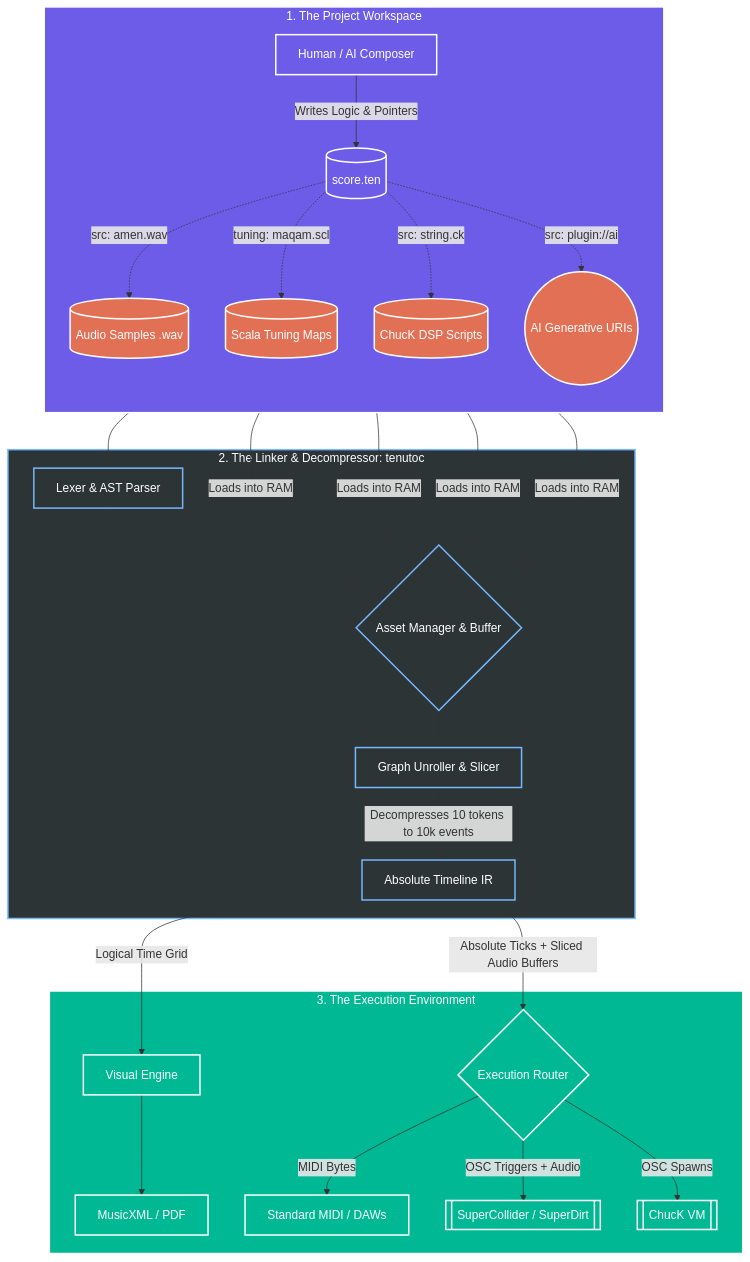
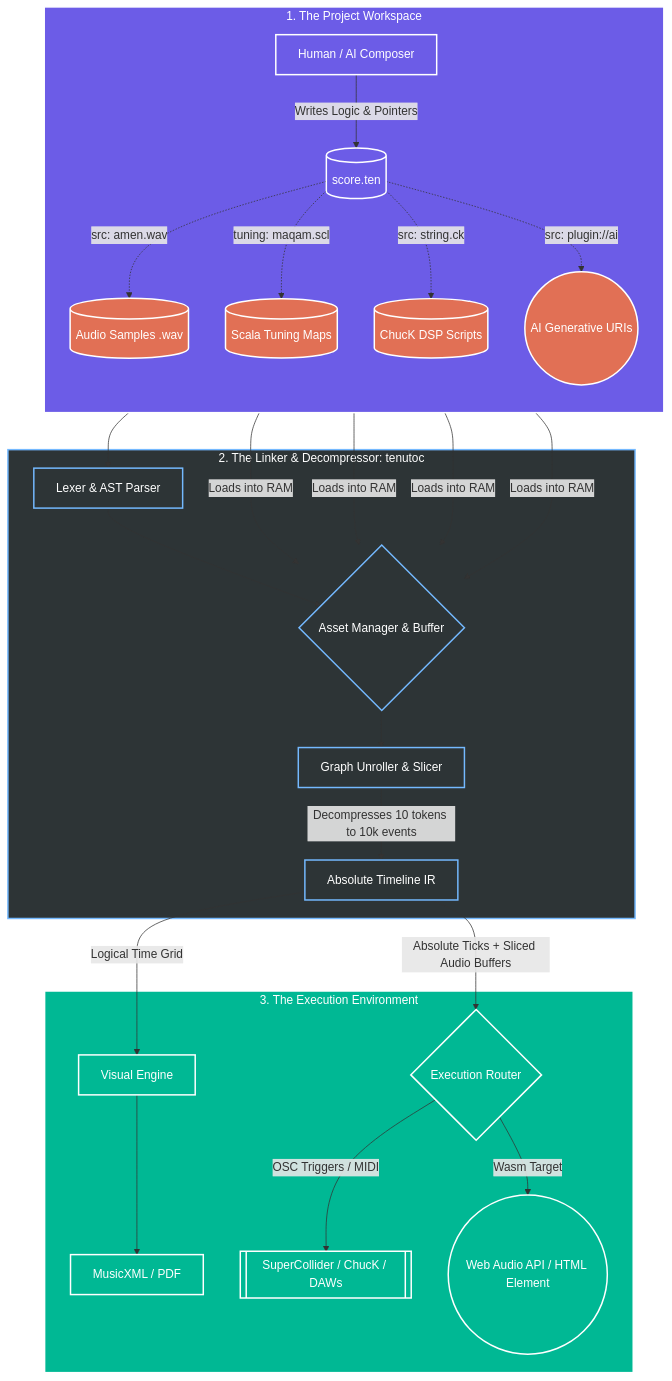
Before and after one commit to alec-borman/TenutoNotationLanguage: the diagram in README.md, drawn with Mermaid. The commit also changed other lines of this file, not shown here.

````diff
--- a/README.md
+++ b/README.md
@@ -106,53 +71,50 @@
 ```mermaid
 graph TD
     %% --- 1. THE WORKSPACE (Authoring & Assets) ---
     subgraph Workspace [1. The Project Workspace]
         direction TB
         Composer[Human / AI Composer] -->|Writes Logic & Pointers| Source[(score.ten)]
         
-        %% The multi-way pointers (Quotes removed for Mermaid syntax safety)
         Source -.->|src: amen.wav| Samples[(Audio Samples .wav)]
         Source -.->|tuning: maqam.scl| Tuning[(Scala Tuning Maps)]
         Source -.->|src: string.ck| Scripts[(ChucK DSP Scripts)]
         Source -.->|src: plugin://ai| Plugins((AI Generative URIs))
     end
 
     %% --- 2. THE COMPILER (Linker & Decompressor) ---
     subgraph Compiler [2. The Linker & Decompressor: tenutoc]
         Source --> Parse[Lexer & AST Parser]
         
         Parse --> AssetMgr{Asset Manager & Buffer}
-        
-        %% Split paths for maximum parser compatibility
-        Samples -->|Loads into RAM| AssetMgr
-        Tuning -->|Loads into RAM| AssetMgr
-        Scripts -->|Loads into RAM| AssetMgr
-        Plugins -->|Loads into RAM| AssetMgr
+        Samples & Tuning & Scripts & Plugins -->|Loads into RAM| AssetMgr
         
         AssetMgr --> Unroller[Graph Unroller & Slicer]
         Unroller -->|Decompresses 10 tokens to 10k events| IR[Absolute Timeline IR]
     end
 
-    %% --- 3. THE EXECUTION DOMAIN (Machines) ---
+    %% --- 3. THE EXECUTION DOMAIN (Machines & Browsers) ---
     subgraph Execution [3. The Execution Environment]
         IR -->|Logical Time Grid| Vis[Visual Engine] 
         Vis --> XML[MusicXML / PDF]
         
         IR -->|Absolute Ticks + Sliced Audio Buffers| AudioRouter{Execution Router}
         
-        AudioRouter -->|MIDI Bytes| MIDI[Standard MIDI / DAWs]
-        AudioRouter -->|OSC Triggers + Audio| SC[[SuperCollider / SuperDirt]]
-        AudioRouter -->|OSC Spawns| ChucK[[ChucK VM]]
+        %% Addendum A: Pro Audio
+        AudioRouter -->|OSC Triggers / MIDI| ProAudio[[SuperCollider / ChucK / DAWs]]
+        
+        %% Addendum B: Zero-Friction Web
+        AudioRouter -->|Wasm Target| WebRuntime((Web Audio API / HTML Element))
     end
 
     %% Styling
     classDef workspace fill:#6c5ce7,stroke:#fff,stroke-width:2px,color:#fff;
     classDef compiler fill:#2d3436,stroke:#74b9ff,stroke-width:2px,color:#fff;
     classDef execution fill:#00b894,stroke:#fff,stroke-width:2px,color:#fff;
     classDef assets fill:#e17055,stroke:#fff,stroke-width:2px,color:#fff;
     
     class Workspace,Composer,Source workspace;
     class Compiler,Parse,AssetMgr,Unroller,IR compiler;
-    class Execution,Vis,XML,AudioRouter,MIDI,SC,ChucK execution;
+    class Execution,Vis,XML,AudioRouter,ProAudio,WebRuntime execution;
     class Samples,Tuning,Scripts,Plugins assets;
+
 ```
````
